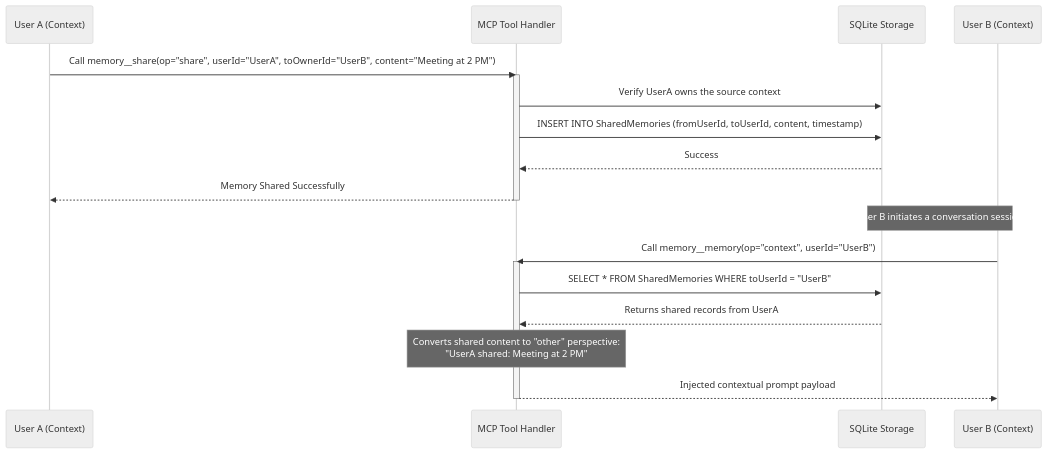
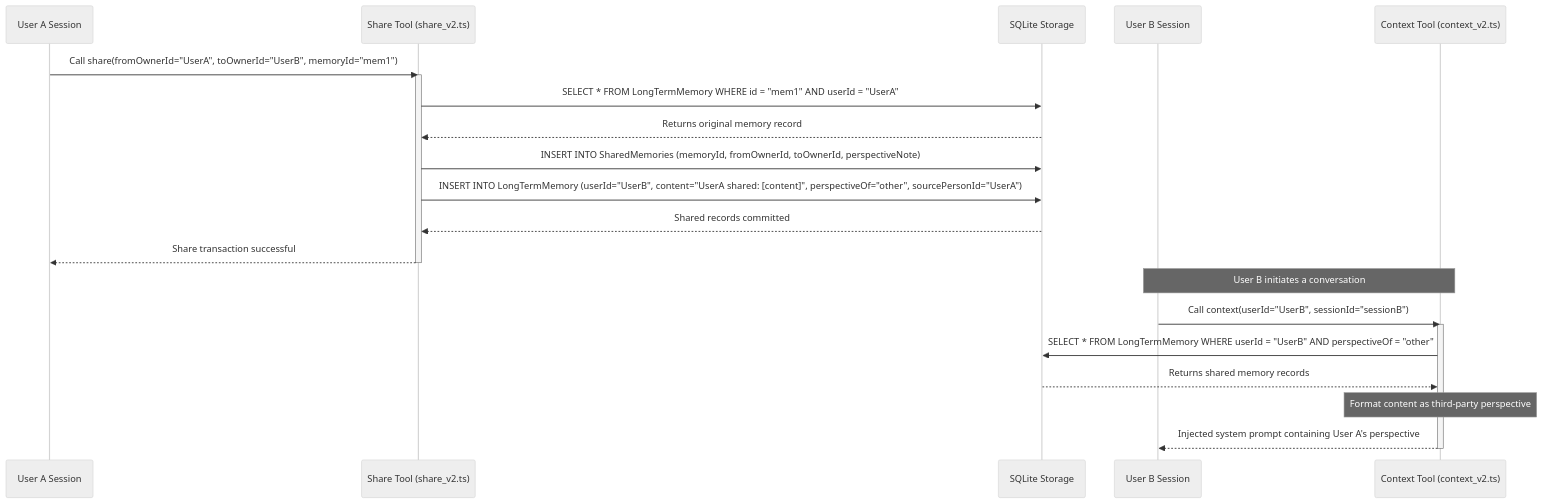
Before and after one commit to dgpl-mcps/memory-mcp-sql: the fifth of 7 diagrams in docs/arch.md, drawn with Mermaid (neutral theme). The commit also changed other lines of this file and 2 other files, not shown here.

Commit message:
feat: establish Nandini system prompt and update architectural documentation

````diff
--- a/docs/arch.md
+++ b/docs/arch.md
@@ -103,24 +252,28 @@
 ```mermaid
 sequenceDiagram
-    participant UserA as User A (Context)
-    participant MCP as MCP Tool Handler
+    participant UserA as User A Session
+    participant ShareTool as Share Tool (share_v2.ts)
     participant DB as SQLite Storage
-    participant UserB as User B (Context)
+    participant UserB as User B Session
+    participant ContextTool as Context Tool (context_v2.ts)
 
-    UserA->>MCP: Call memory__share(op="share", userId="UserA", toOwnerId="UserB", content="Meeting at 2 PM")
-    activate MCP
-    MCP->>DB: Verify UserA owns the source context
-    MCP->>DB: INSERT INTO SharedMemories (fromUserId, toUserId, content, timestamp)
-    DB-->>MCP: Success
-    MCP-->>UserA: Memory Shared Successfully
-    deactivate MCP
+    UserA->>ShareTool: Call share(fromOwnerId="UserA", toOwnerId="UserB", memoryId="mem1")
+    activate ShareTool
+    ShareTool->>DB: SELECT * FROM LongTermMemory WHERE id = "mem1" AND userId = "UserA"
+    DB-->>ShareTool: Returns original memory record
+    
+    ShareTool->>DB: INSERT INTO SharedMemories (memoryId, fromOwnerId, toOwnerId, perspectiveNote)
+    ShareTool->>DB: INSERT INTO LongTermMemory (userId="UserB", content="UserA shared: [content]", perspectiveOf="other", sourcePersonId="UserA")
+    DB-->>ShareTool: Shared records committed
+    ShareTool-->>UserA: Share transaction successful
+    deactivate ShareTool
 
-    Note over UserB, DB: User B initiates a conversation session
-    UserB->>MCP: Call memory__memory(op="context", userId="UserB")
-    activate MCP
-    MCP->>DB: SELECT * FROM SharedMemories WHERE toUserId = "UserB"
-    DB-->>MCP: Returns shared records from UserA
-    Note over MCP: Converts shared content to "other" perspective:<br/>"UserA shared: Meeting at 2 PM"
-    MCP-->>UserB: Injected contextual prompt payload
-    deactivate MCP
+    Note over UserB, ContextTool: User B initiates a conversation
+    UserB->>ContextTool: Call context(userId="UserB", sessionId="sessionB")
+    activate ContextTool
+    ContextTool->>DB: SELECT * FROM LongTermMemory WHERE userId = "UserB" AND perspectiveOf = "other"
+    DB-->>ContextTool: Returns shared memory records
+    Note over ContextTool: Format content as third-party perspective
+    ContextTool-->>UserB: Injected system prompt containing User A's perspective
+    deactivate ContextTool
 ```
````
